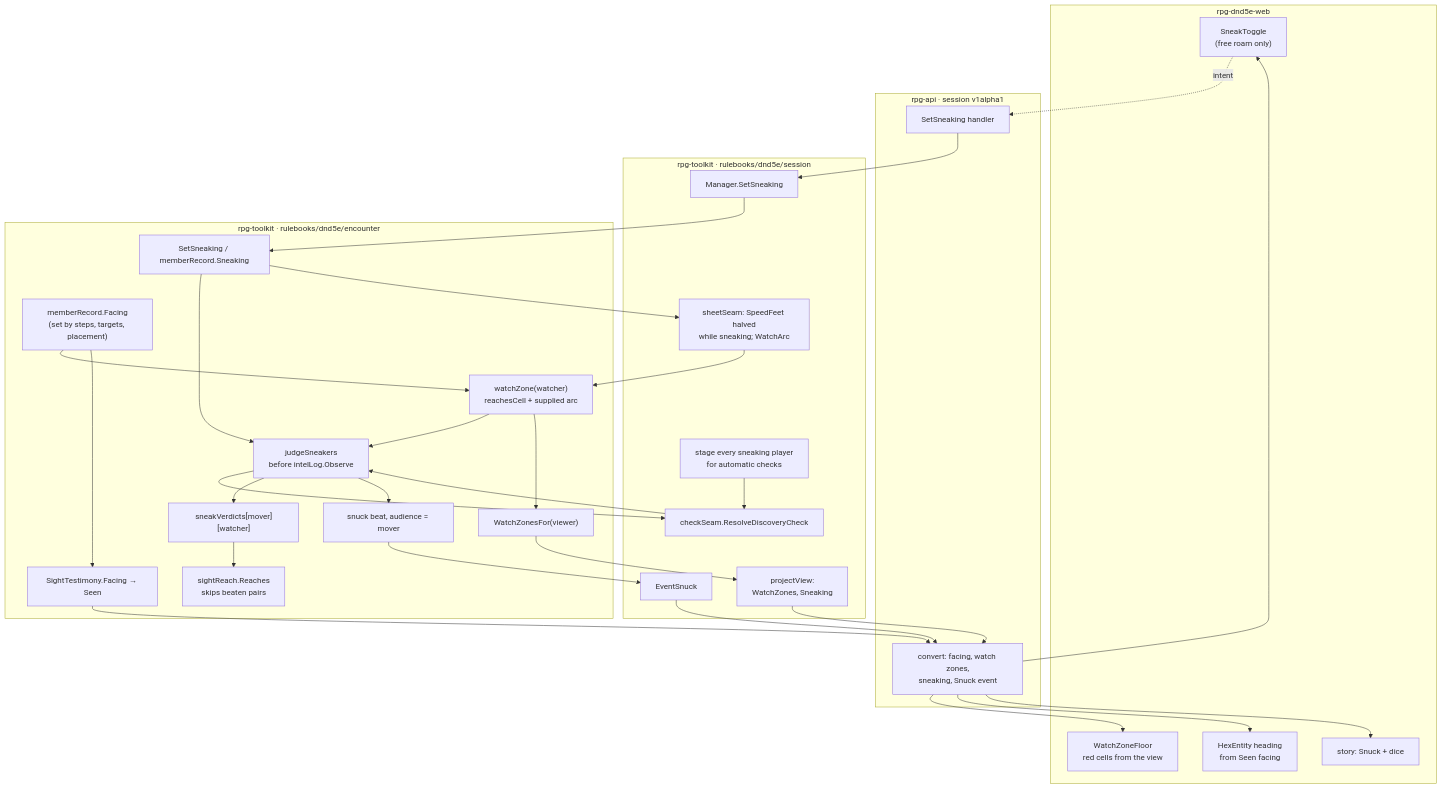
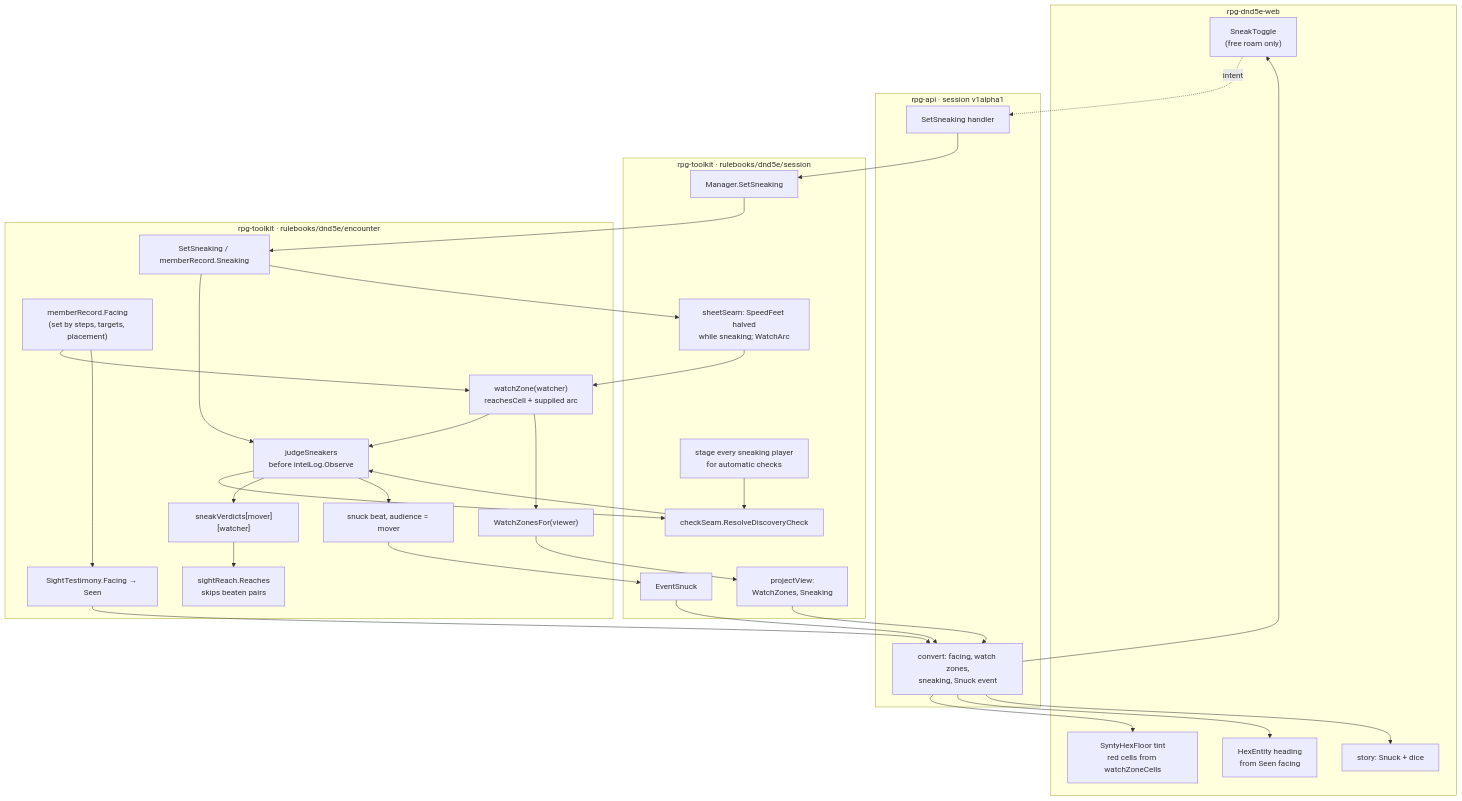
One commit to KirkDiggler/rpg-project changed the diagram in ideas/sneaking/README.md. Above: the diagram before and after it, drawn with Mermaid. The commit also changed other lines of this file and 2 other files, not shown here.

First line of the commit message:
docs(sneaking): C-zone shipped — the red floor on GetView, painted by the web (#620)

````diff
--- a/ideas/sneaking/README.md
+++ b/ideas/sneaking/README.md
@@ -27,44 +27,44 @@
 ```mermaid
 flowchart TB
     subgraph web[rpg-dnd5e-web]
         Tog["SneakToggle<br/>(free roam only)"]
-        Red["WatchZoneFloor<br/>red cells from the view"]
+        Red["SyntyHexFloor tint<br/>red cells from watchZoneCells"]
         Head["HexEntity heading<br/>from Seen facing"]
         Sto["story: Snuck + dice"]
     end
     subgraph api[rpg-api · session v1alpha1]
         H["SetSneaking handler"]
         C["convert: facing, watch zones,<br/>sneaking, Snuck event"]
     end
     subgraph ses[rpg-toolkit · rulebooks/dnd5e/session]
         MS["Manager.SetSneaking"]
         ST["stage every sneaking player<br/>for automatic checks"]
         CS["checkSeam.ResolveDiscoveryCheck"]
         SH["sheetSeam: SpeedFeet halved<br/>while sneaking; WatchArc"]
         PV["projectView:<br/>WatchZones, Sneaking"]
         EV["EventSnuck"]
     end
     subgraph enc[rpg-toolkit · rulebooks/dnd5e/encounter]
         SS["SetSneaking / memberRecord.Sneaking"]
         FA["memberRecord.Facing<br/>(set by steps, targets, placement)"]
         ZN["watchZone(watcher)<br/>reachesCell + supplied arc"]
         JD["judgeSneakers<br/>before intelLog.Observe"]
         VD["sneakVerdicts[mover][watcher]"]
         RC["sightReach.Reaches<br/>skips beaten pairs"]
         SB["snuck beat, audience = mover"]
         WZ["WatchZonesFor(viewer)"]
         TS["SightTestimony.Facing → Seen"]
     end
     Tog -. intent .-> H --> MS --> SS
     FA --> ZN --> JD
     SS --> JD
     JD --> CS --> JD
     JD --> VD --> RC
     JD --> SB --> EV --> C
     ZN --> WZ --> PV --> C
     FA --> TS --> C
     SS --> SH
     SH --> ZN
     ST --> CS
     C --> Red & Head & Sto & Tog
 ```
````
